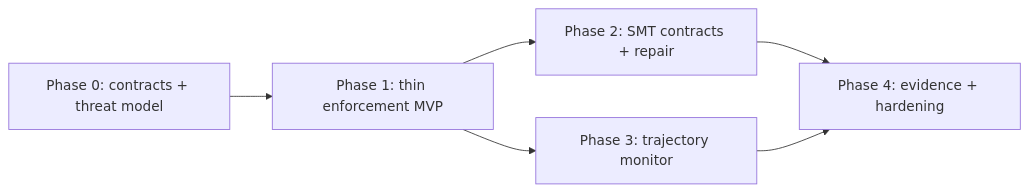
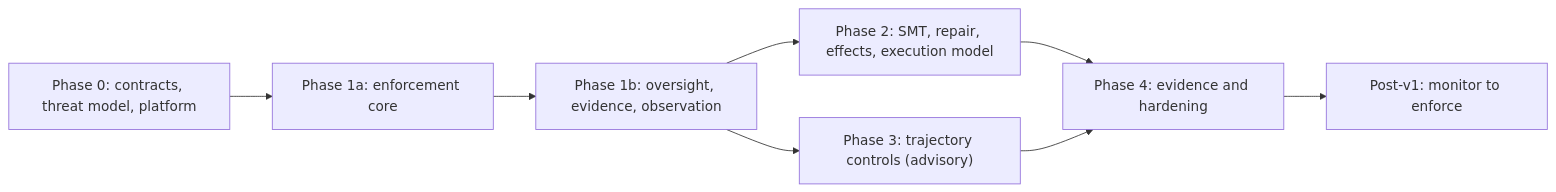
One commit to ianshank/Neuroharness changed the diagram in docs/sdd/03-work-breakdown.md. Above: the diagram before and after it, drawn with Mermaid. The commit also changed other lines of this file and 24 other files, not shown here.

````diff
--- a/docs/sdd/03-work-breakdown.md
+++ b/docs/sdd/03-work-breakdown.md
@@ -109,8 +139,10 @@
 ```mermaid
 flowchart LR
-  P0["Phase 0: contracts + threat model"] --> P1["Phase 1: thin enforcement MVP"]
-  P1 --> P2["Phase 2: SMT contracts + repair"]
-  P1 --> P3["Phase 3: trajectory monitor"]
-  P2 --> P4["Phase 4: evidence + hardening"]
+  P0["Phase 0: contracts, threat model, platform"] --> P1A["Phase 1a: enforcement core"]
+  P1A --> P1B["Phase 1b: oversight, evidence, observation"]
+  P1B --> P2["Phase 2: SMT, repair, effects, execution model"]
+  P1B --> P3["Phase 3: trajectory controls (advisory)"]
+  P2 --> P4["Phase 4: evidence and hardening"]
   P3 --> P4
+  P4 --> P5["Post-v1: monitor to enforce"]
 ```
````
